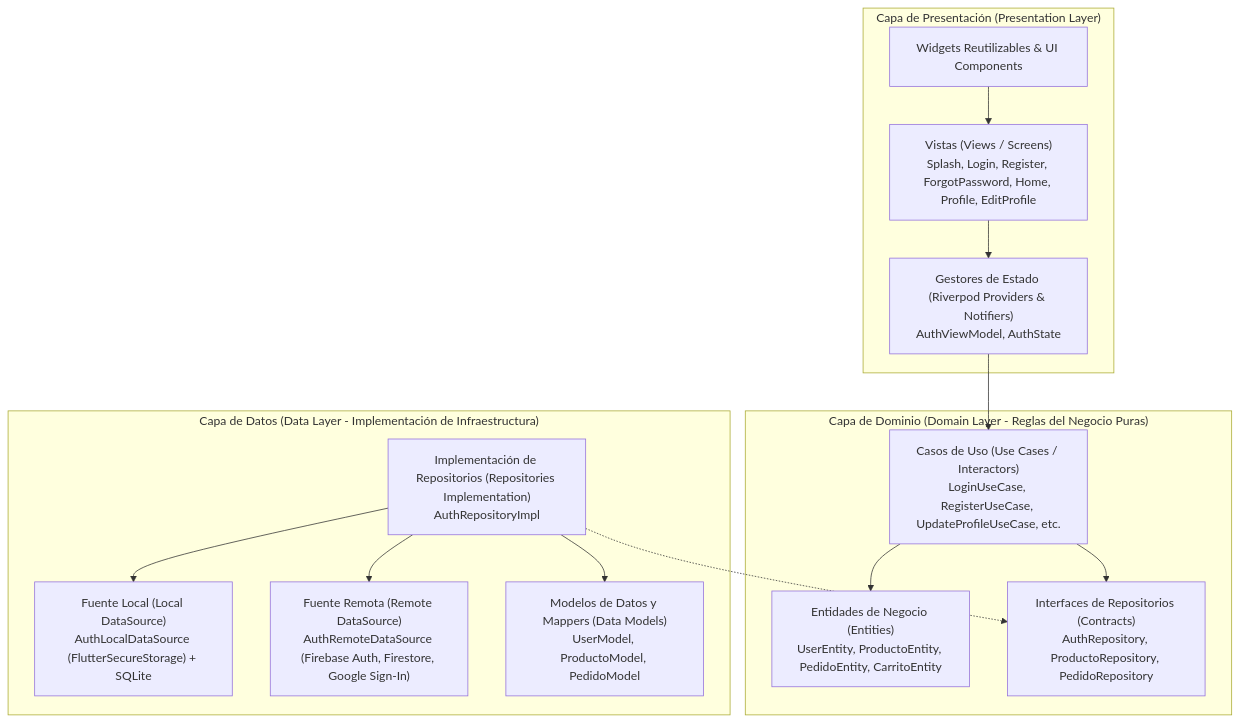
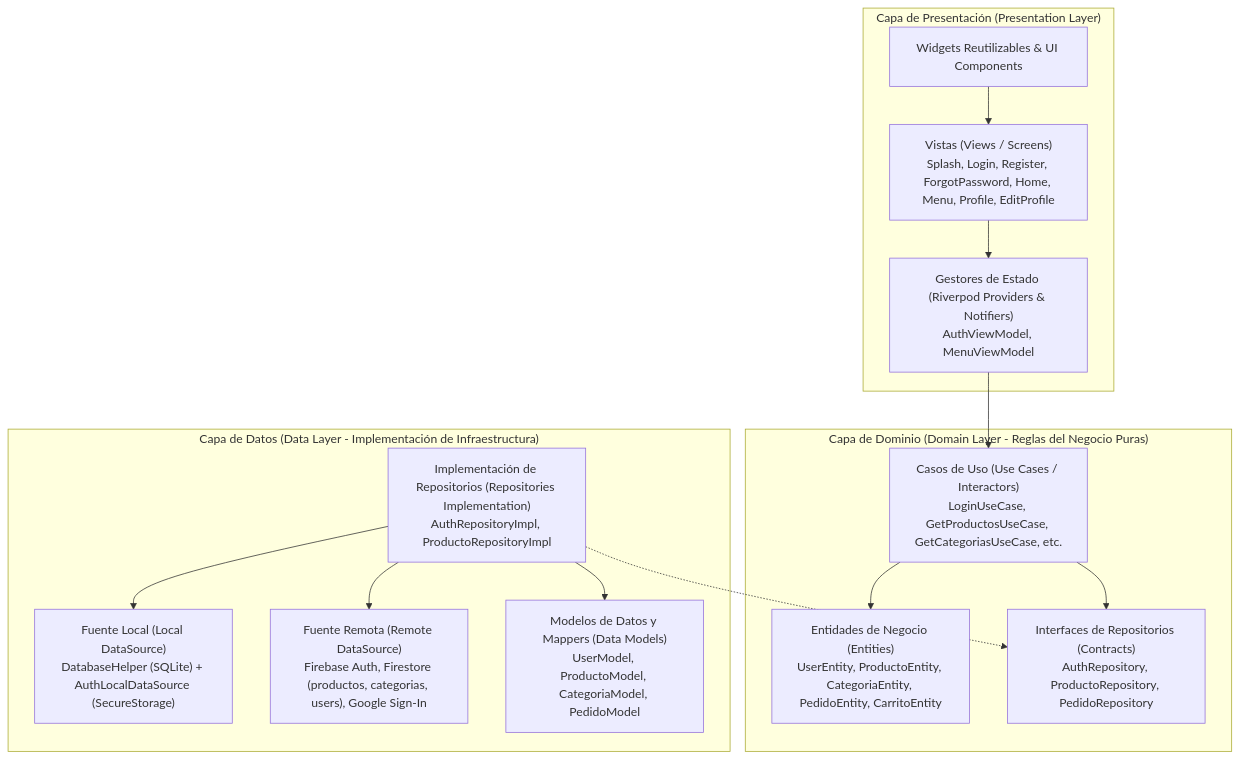
One commit to Apixel29/cafeteria_escom changed the first of 2 diagrams in PROYECTO_CAFETERIA_ESCOM.md. Above: the diagram before and after it, drawn with Mermaid. The commit also changed other lines of this file and 16 other files, not shown here.

Commit message:
feat(menu): implementar catalogo digital offline en SQLite y Firestore (Sprint 2 - RF2)

````diff
--- a/PROYECTO_CAFETERIA_ESCOM.md
+++ b/PROYECTO_CAFETERIA_ESCOM.md
@@ -38,31 +38,31 @@
 ```mermaid
 graph TD
     subgraph Presentation_Layer ["Capa de Presentación (Presentation Layer)"]
-        UI["Vistas (Views / Screens)<br>Splash, Login, Register, ForgotPassword, Home, Profile, EditProfile"]
-        VM["Gestores de Estado (Riverpod Providers & Notifiers)<br>AuthViewModel, AuthState"]
+        UI["Vistas (Views / Screens)<br>Splash, Login, Register, ForgotPassword, Home, Menu, Profile, EditProfile"]
+        VM["Gestores de Estado (Riverpod Providers & Notifiers)<br>AuthViewModel, MenuViewModel"]
         Widgets["Widgets Reutilizables & UI Components"]
         UI --> VM
         Widgets --> UI
     end
 
     subgraph Domain_Layer ["Capa de Dominio (Domain Layer - Reglas del Negocio Puras)"]
-        UC["Casos de Uso (Use Cases / Interactors)<br>LoginUseCase, RegisterUseCase, UpdateProfileUseCase, etc."]
-        Entities["Entidades de Negocio (Entities)<br>UserEntity, ProductoEntity, PedidoEntity, CarritoEntity"]
+        UC["Casos de Uso (Use Cases / Interactors)<br>LoginUseCase, GetProductosUseCase, GetCategoriasUseCase, etc."]
+        Entities["Entidades de Negocio (Entities)<br>UserEntity, ProductoEntity, CategoriaEntity, PedidoEntity, CarritoEntity"]
         RepoInterfaces["Interfaces de Repositorios (Contracts)<br>AuthRepository, ProductoRepository, PedidoRepository"]
         UC --> Entities
         UC --> RepoInterfaces
     end
 
     subgraph Data_Layer ["Capa de Datos (Data Layer - Implementación de Infraestructura)"]
-        RepoImpl["Implementación de Repositorios (Repositories Implementation)<br>AuthRepositoryImpl"]
-        LocalDS["Fuente Local (Local DataSource)<br>AuthLocalDataSource (FlutterSecureStorage) + SQLite"]
-        RemoteDS["Fuente Remota (Remote DataSource)<br>AuthRemoteDataSource (Firebase Auth, Firestore, Google Sign-In)"]
-        Models["Modelos de Datos y Mappers (Data Models)<br>UserModel, ProductoModel, PedidoModel"]
+        RepoImpl["Implementación de Repositorios (Repositories Implementation)<br>AuthRepositoryImpl, ProductoRepositoryImpl"]
+        LocalDS["Fuente Local (Local DataSource)<br>DatabaseHelper (SQLite) + AuthLocalDataSource (SecureStorage)"]
+        RemoteDS["Fuente Remota (Remote DataSource)<br>Firebase Auth, Firestore (productos, categorias, users), Google Sign-In"]
+        Models["Modelos de Datos y Mappers (Data Models)<br>UserModel, ProductoModel, CategoriaModel, PedidoModel"]
         RepoImpl --> LocalDS
         RepoImpl --> RemoteDS
         RepoImpl --> Models
     end
 
     VM --> UC
     RepoImpl -.-> RepoInterfaces
 ```
````
